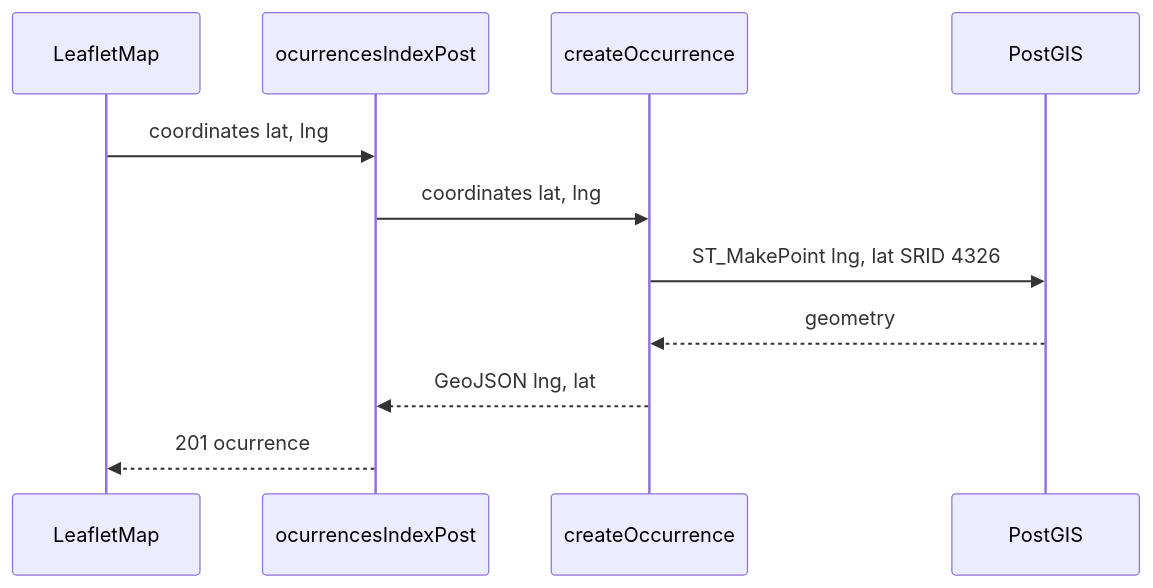
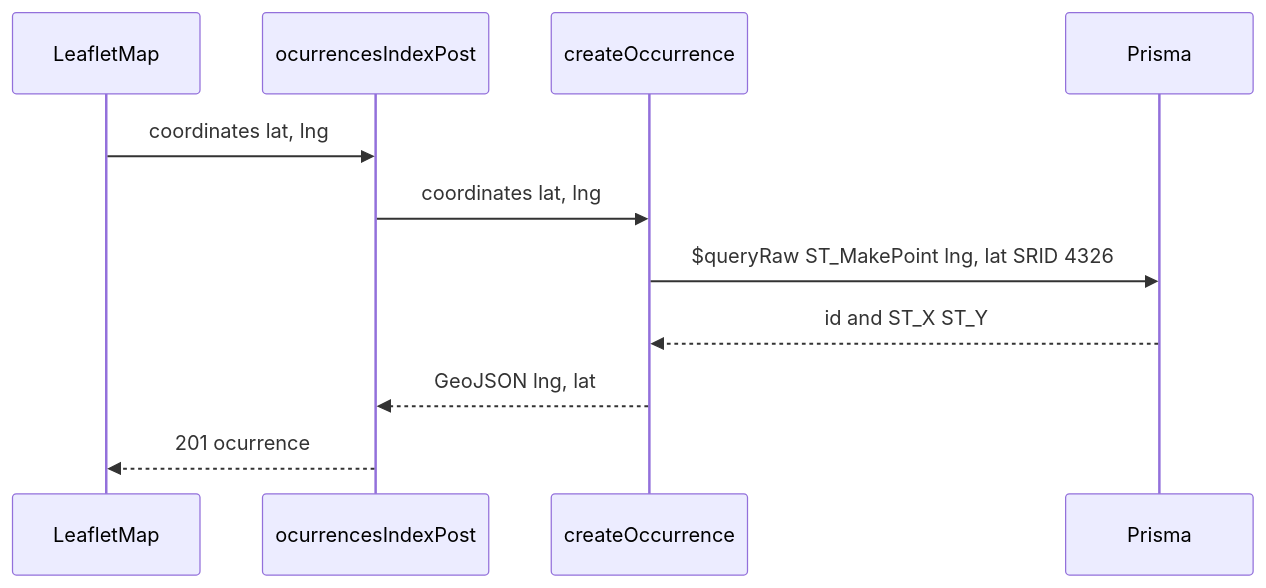
The second of 2 diagrams in .specs/features/migrar-backend/design.md (MateusViniMelo/mapa-cidadao), drawn with Mermaid before and after one commit. The commit also changed other lines of this file and 63 other files, not shown here.

````diff
--- a/.specs/features/migrar-backend/design.md
+++ b/.specs/features/migrar-backend/design.md
@@ -26,13 +29,13 @@
 ```mermaid
 sequenceDiagram
   participant Map as LeafletMap
   participant Route as ocurrencesIndexPost
   participant Domain as createOccurrence
-  participant Db as PostGIS
+  participant Db as Prisma
   Map->>Route: coordinates lat, lng
   Route->>Domain: coordinates lat, lng
-  Domain->>Db: ST_MakePoint lng, lat SRID 4326
-  Db-->>Domain: geometry
+  Domain->>Db: $queryRaw ST_MakePoint lng, lat SRID 4326
+  Db-->>Domain: id and ST_X ST_Y
   Domain-->>Route: GeoJSON lng, lat
   Route-->>Map: 201 ocurrence
 ```
````
